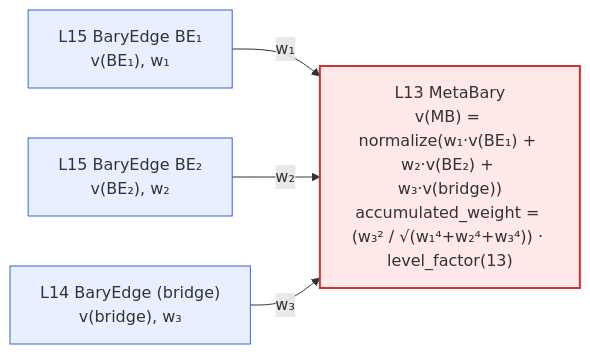
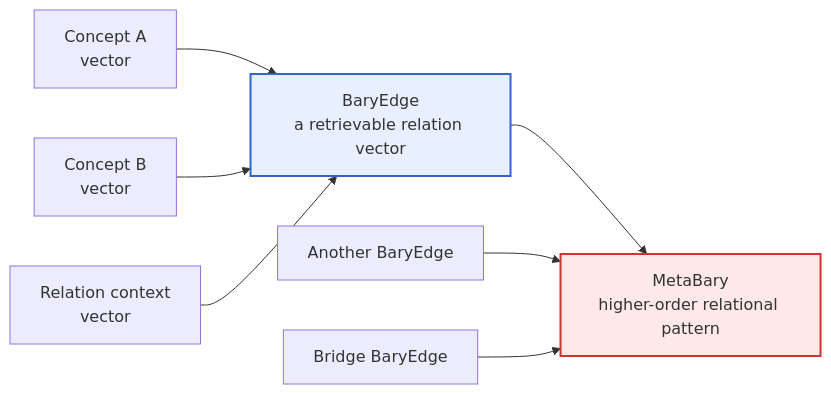
The first of 2 diagrams in README.md (oleksiy-perepelytsya/bary-graph), drawn with Mermaid before and after one commit. The commit also changed other lines of this file, not shown here.

First line of the commit message:
Revise README for clarity on BaryGraph features

````diff
--- a/README.md
+++ b/README.md
@@ -69,16 +26,12 @@
 ```mermaid
-graph LR
-    BE1["L15 BaryEdge BE₁<br/>v(BE₁), w₁"]
-    BE2["L15 BaryEdge BE₂<br/>v(BE₂), w₂"]
-    BRIDGE["L14 BaryEdge (bridge)<br/>v(bridge), w₃"]
-    MB["L13 MetaBary<br/>v(MB) = normalize(w₁·v(BE₁) + w₂·v(BE₂) + w₃·v(bridge))<br/>accumulated_weight = (w₃² / √(w₁⁴+w₂⁴+w₃⁴)) · level_factor(13)"]
+flowchart LR
+    A[Concept A<br/>vector] --> R[BaryEdge<br/>a retrievable relation vector]
+    B[Concept B<br/>vector] --> R
+    C[Relation context<br/>vector] --> R
+    R --> M[MetaBary<br/>higher-order relational pattern]
+    S[Another BaryEdge] --> M
+    T[Bridge BaryEdge] --> M
 
-    BE1 -->|"w₁"| MB
-    BE2 -->|"w₂"| MB
-    BRIDGE -->|"w₃"| MB
-
-    style MB fill:#ffe8e8,stroke:#cc3333,stroke-width:2px
-    style BE1 fill:#e8f0ff,stroke:#3366cc
-    style BE2 fill:#e8f0ff,stroke:#3366cc
-    style BRIDGE fill:#e8f0ff,stroke:#3366cc
+    style R fill:#e8f0ff,stroke:#3366cc,stroke-width:2px
+    style M fill:#ffe8e8,stroke:#cc3333,stroke-width:2px
 ```
````
